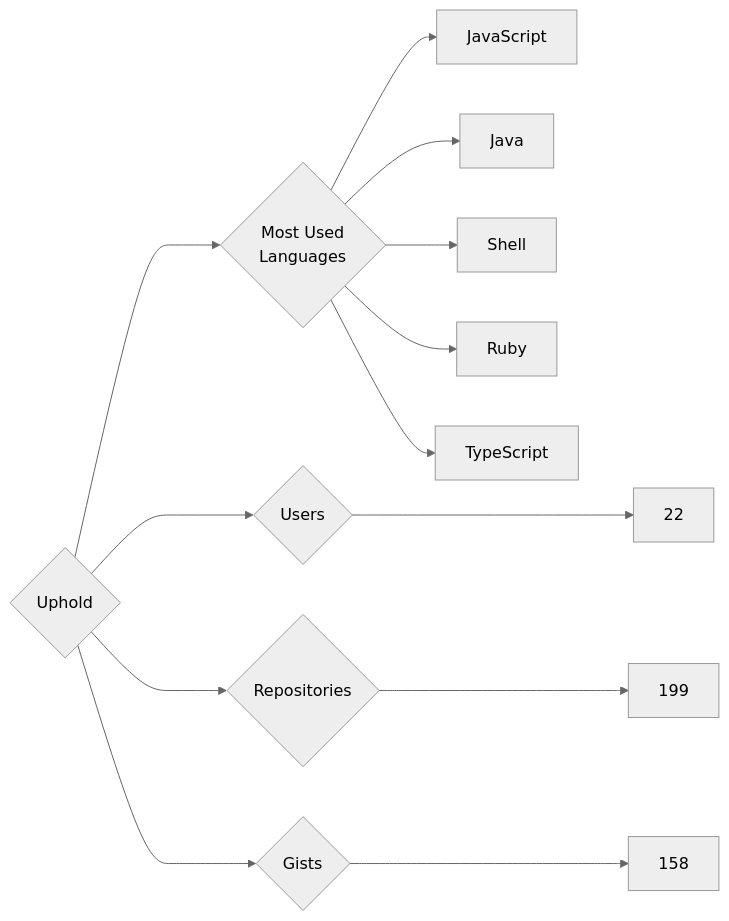
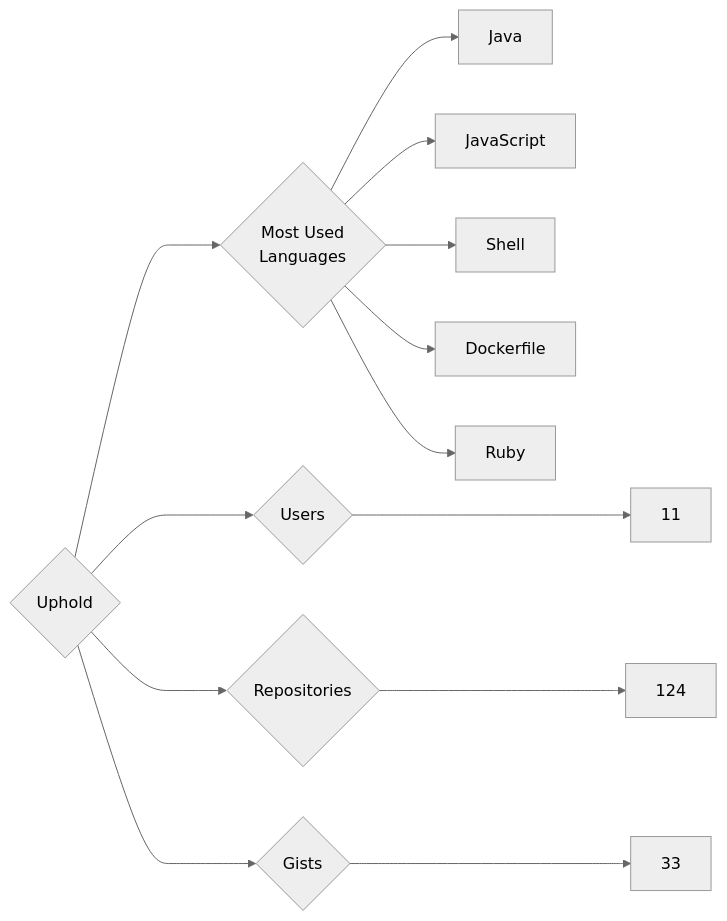
Before and after one commit to trickest/insiders: the diagram in targets/Uphold/README.md, drawn with Mermaid (neutral theme). The commit also changed 835 other files, not shown here.

````diff
--- a/targets/Uphold/README.md
+++ b/targets/Uphold/README.md
@@ -3,13 +3,13 @@
 ```mermaid
 graph LR
 COMPANY_NAME{Uphold}
-COMPANY_NAME ---> U{Users} ---> UN[22]
-COMPANY_NAME ---> R{Repositories} ---> RN[199]
-COMPANY_NAME ---> G{Gists} ---> GN[158]
+COMPANY_NAME ---> U{Users} ---> UN[11]
+COMPANY_NAME ---> R{Repositories} ---> RN[124]
+COMPANY_NAME ---> G{Gists} ---> GN[33]
 COMPANY_NAME ---> ML{Most Used<br>Languages}
+ML --> Java[Java]
 ML --> JavaScript[JavaScript]
-ML --> Java[Java]
 ML --> Shell[Shell]
+ML --> Dockerfile[Dockerfile]
 ML --> Ruby[Ruby]
-ML --> TypeScript[TypeScript]
 ```
````
